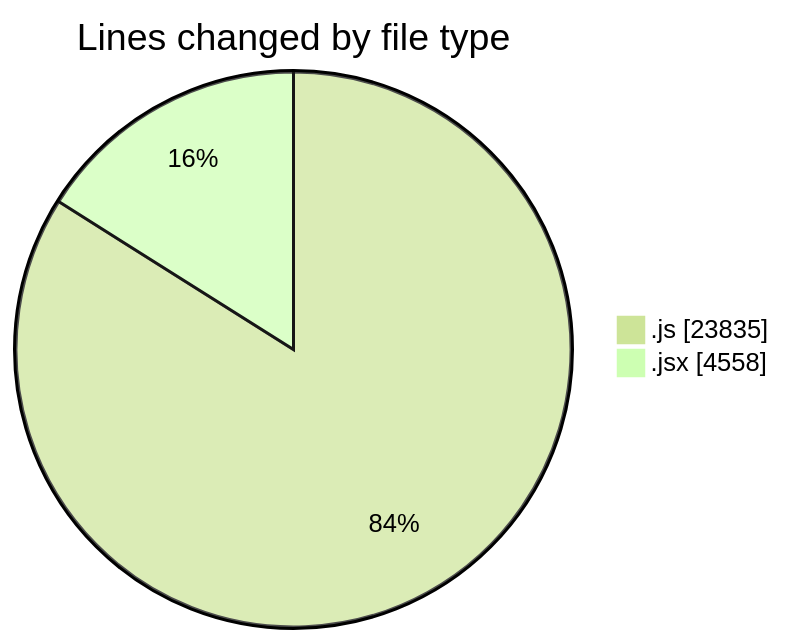
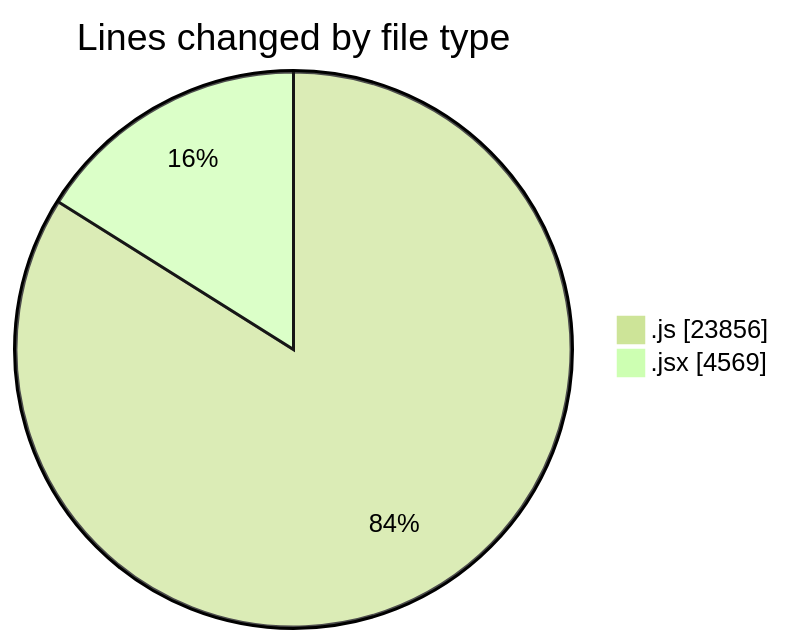
One commit to nxtqubesakshisongat/code-tracking changed the first of 2 diagrams in 2025-10-01/nxtqube_webapp/README.md. Above: the diagram before and after it, drawn with Mermaid (forest theme). The commit also changed other lines of this file and 1 other file, not shown here.

````diff
--- a/2025-10-01/nxtqube_webapp/README.md
+++ b/2025-10-01/nxtqube_webapp/README.md
@@ -25,6 +25,6 @@
 ```mermaid
 pie showData
 title Lines changed by file type
-".js" : 23835
-".jsx" : 4558
+".js" : 23856
+".jsx" : 4569
 ```
````
